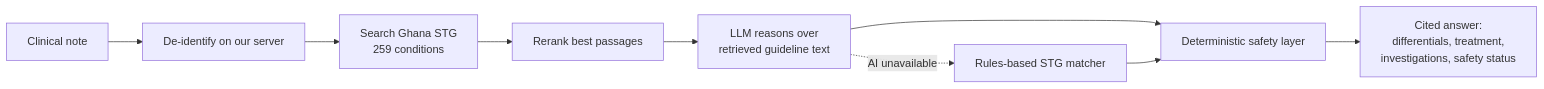
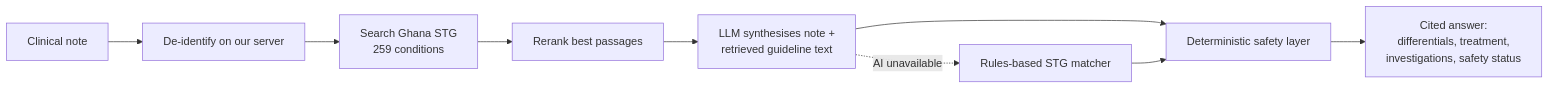
Before and after one commit to Deen-Hayatu/MedPal-PAAIS-2026: the diagram in README.md, drawn with Mermaid. The commit also changed other lines of this file and 2 other files, not shown here.

````diff
--- a/README.md
+++ b/README.md
@@ -23,11 +25,11 @@
 ```mermaid
 flowchart LR
     A[Clinical note] --> B[De-identify on our server]
     B --> C[Search Ghana STG<br/>259 conditions]
     C --> D[Rerank best passages]
-    D --> E[LLM reasons over<br/>retrieved guideline text]
+    D --> E[LLM synthesises note +<br/>retrieved guideline text]
     E --> F[Deterministic safety layer]
     F --> G[Cited answer:<br/>differentials, treatment,<br/>investigations, safety status]
     E -. AI unavailable .-> H[Rules-based STG matcher]
     H --> F
 ```
````
